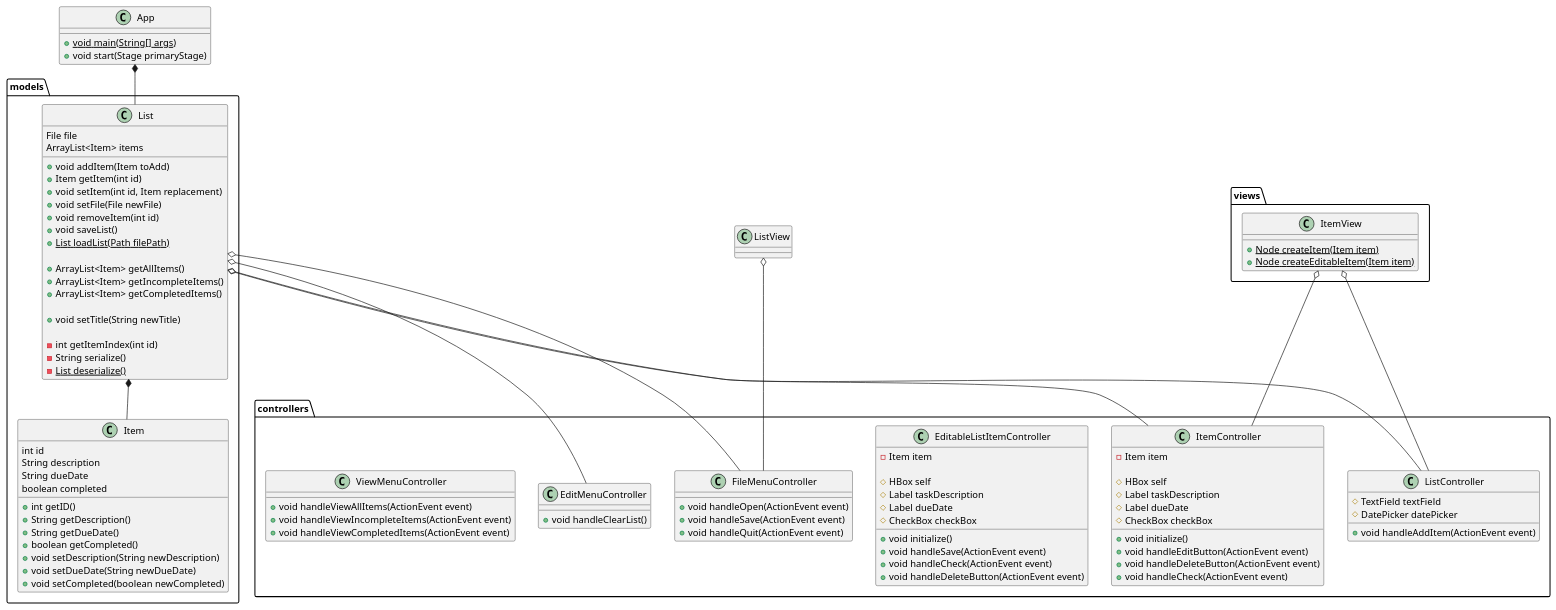
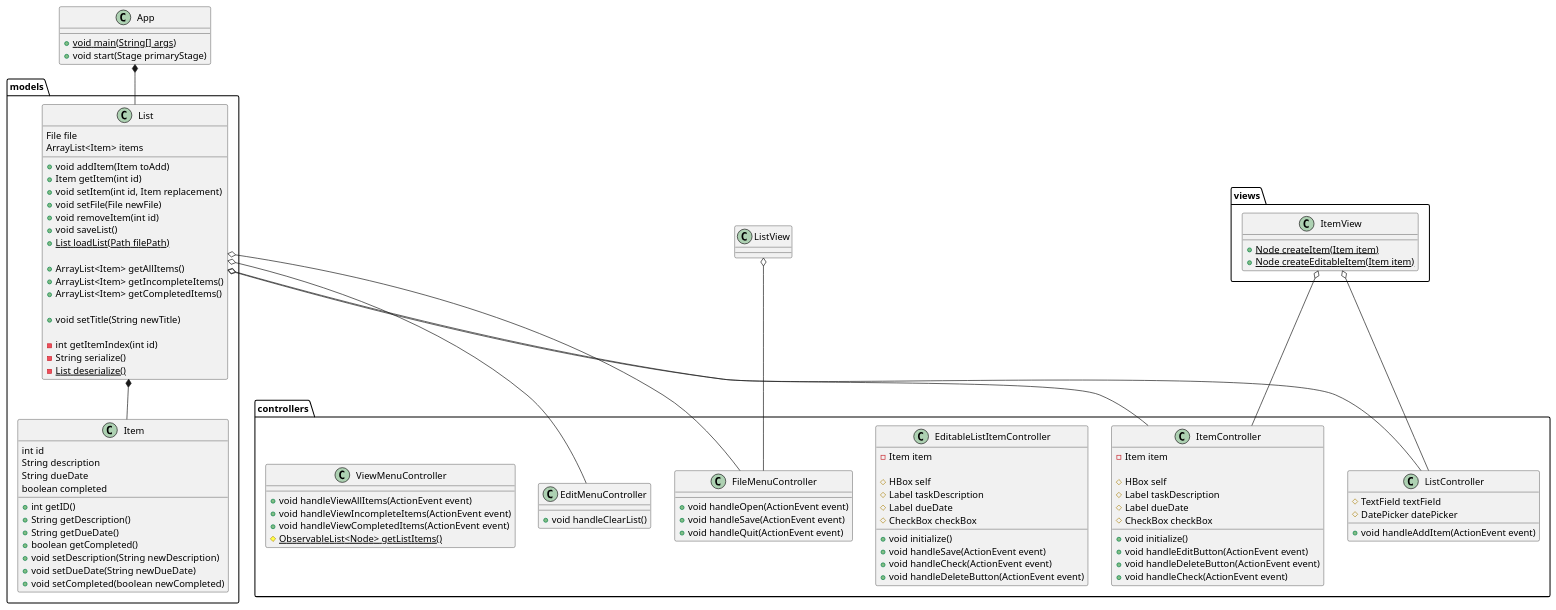
Before and after one commit to brooksmckinley/mckinley-cop3330-assignment4part2: the diagram in uml/Application.puml, drawn with PlantUML. The commit also changed 4 other files, not shown here.

Commit message:
Completed Requirement 10: A user shall be able to display all of the existing items in the list

```diff
--- a/uml/Application.puml
+++ b/uml/Application.puml
@@ -1,131 +1,132 @@
 @startuml
 'https://plantuml.com/class-diagram
 
 'Main entrypoint
 
 class App {
     +{static} void main(String[] args)
     +void start(Stage primaryStage)
 }
 
 'Views
 package views {
     class ItemView {
         +{static} Node createItem(Item item)
         +{static} Node createEditableItem(Item item)
     }
 }
 
 'Controllers
 package controllers {
     class ListController {
         #TextField textField
         #DatePicker datePicker
 
         +void handleAddItem(ActionEvent event)
     }
 
     class ItemController {
         -Item item
 
         #HBox self
         #Label taskDescription
         #Label dueDate
         #CheckBox checkBox
 
         +void initialize()
         +void handleEditButton(ActionEvent event)
         +void handleDeleteButton(ActionEvent event)
         +void handleCheck(ActionEvent event)
     }
 
     class EditableListItemController {
         -Item item
 
         #HBox self
         #Label taskDescription
         #Label dueDate
         #CheckBox checkBox
 
         +void initialize()
         +void handleSave(ActionEvent event)
         +void handleCheck(ActionEvent event)
         +void handleDeleteButton(ActionEvent event)
     }
 
     class FileMenuController {
         +void handleOpen(ActionEvent event)
         +void handleSave(ActionEvent event)
         +void handleQuit(ActionEvent event)
     }
 
     class EditMenuController {
         +void handleClearList()
     }
 
     class ViewMenuController {
         +void handleViewAllItems(ActionEvent event)
         +void handleViewIncompleteItems(ActionEvent event)
         +void handleViewCompletedItems(ActionEvent event)
+        #{static} ObservableList<Node> getListItems()
     }
 
 }
 
 'Models
 
 package models {
 
     class List {
         File file
         ArrayList<Item> items
 
         +void addItem(Item toAdd)
         +Item getItem(int id)
         +void setItem(int id, Item replacement)
         +void setFile(File newFile)
         +void removeItem(int id)
         +void saveList()
         {static} +List loadList(Path filePath)
 
         +ArrayList<Item> getAllItems()
         +ArrayList<Item> getIncompleteItems()
         +ArrayList<Item> getCompletedItems()
 
         +void setTitle(String newTitle)
 
         -int getItemIndex(int id)
         -String serialize()
         -{static} List deserialize()
     }
 
     class Item {
         int id
         String description
         String dueDate
         boolean completed
 
         +int getID()
         +String getDescription()
         +String getDueDate()
         +boolean getCompleted()
         +void setDescription(String newDescription)
         +void setDueDate(String newDueDate)
         +void setCompleted(boolean newCompleted)
     }
 
     List *-- Item
 }
 
 'Cross-Package dependencies
 List o-- ListController
 List o-- FileMenuController
 List o-- EditMenuController
 List o-- ItemController
 ItemView o-- ListController
 ItemView o-- ItemController
 ListView o-- FileMenuController
 
 App *-- List
 
 
 @enduml
```
